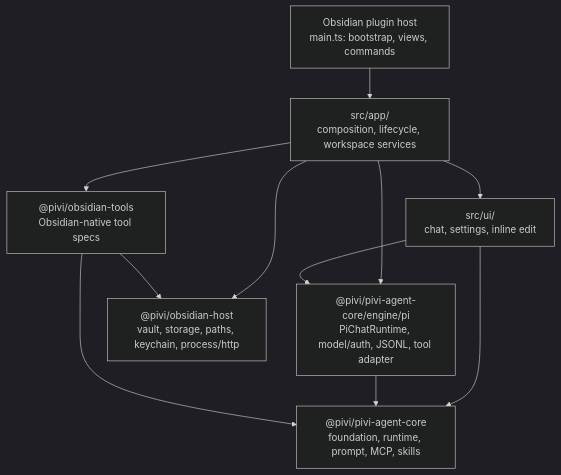
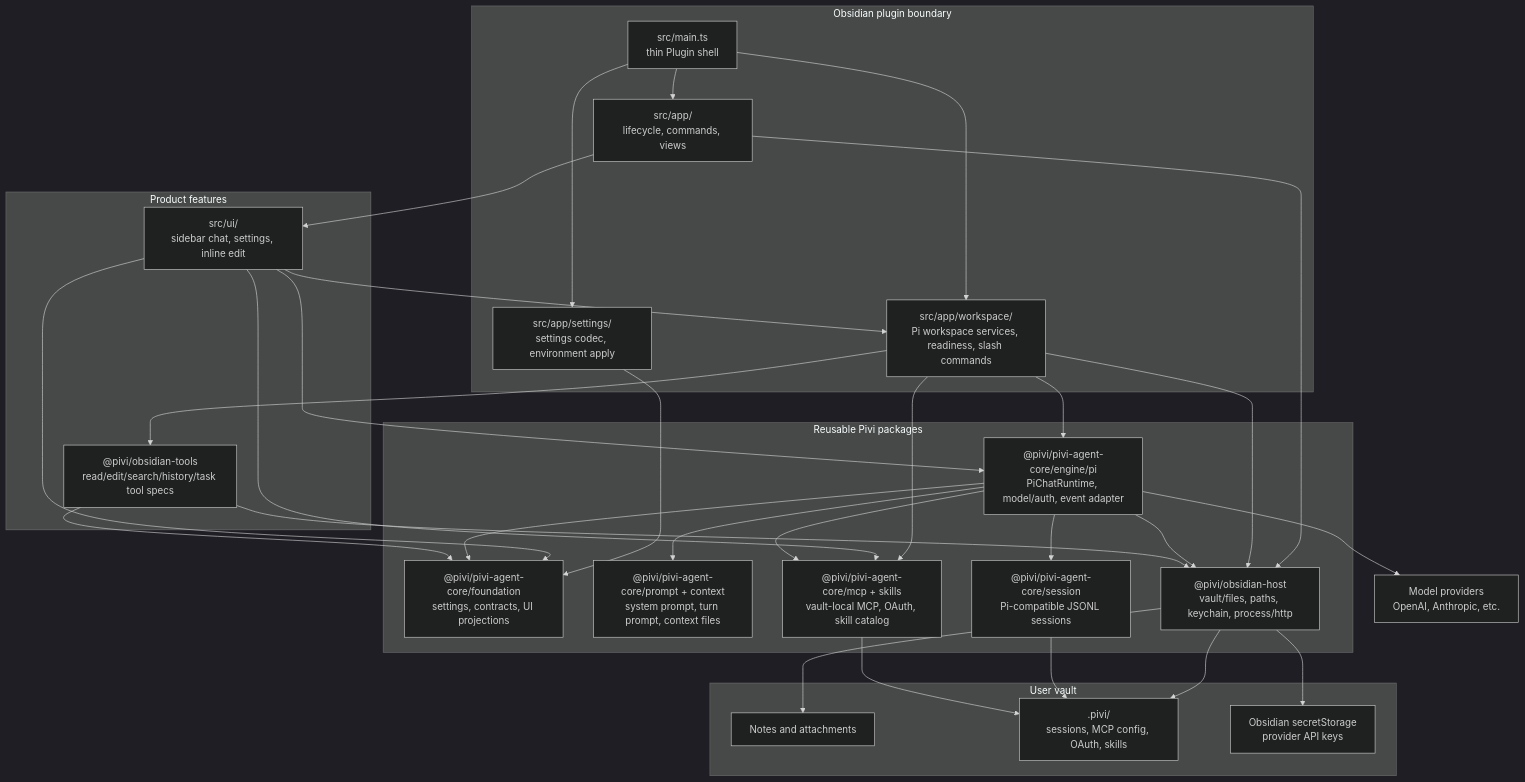
The diagram in README.md (shuuul/obsidian-pivi), drawn with Mermaid (dark theme) before and after one commit. The commit also changed other lines of this file and 9 other files, not shown here.

````diff
--- a/README.md
+++ b/README.md
@@ -68,21 +68,64 @@
 ```mermaid
 flowchart TB
-  host["Obsidian plugin host<br/>main.ts: bootstrap, views, commands"]
-  app["src/app/<br/>composition, lifecycle, workspace services"]
-  ui["src/ui/<br/>chat, settings, inline edit"]
-  core["@pivi/pivi-agent-core<br/>foundation, runtime, prompt, MCP, skills"]
-  pi["@pivi/pivi-agent-core/engine/pi<br/>PiChatRuntime, model/auth, JSONL, tool adapter"]
-  hostPkg["@pivi/obsidian-host<br/>vault, storage, paths, keychain, process/http"]
-  tools["@pivi/obsidian-tools<br/>Obsidian-native tool specs"]
+  subgraph obsidian["Obsidian plugin boundary"]
+    host["src/main.ts<br/>thin Plugin shell"]
+    appLifecycle["src/app/<br/>lifecycle, commands, views"]
+    appSettings["src/app/settings/<br/>settings codec, environment apply"]
+    appWorkspace["src/app/workspace/<br/>Pi workspace services, readiness, slash commands"]
+  end
 
-  host --> app
-  app --> ui
-  app --> hostPkg
-  app --> tools
-  app --> pi
-  ui --> core
+  subgraph product["Product features"]
+    ui["src/ui/<br/>sidebar chat, settings, inline edit"]
+    tools["@pivi/obsidian-tools<br/>read/edit/search/history/task tool specs"]
+  end
+
+  subgraph core["Reusable Pivi packages"]
+    foundation["@pivi/pivi-agent-core/foundation<br/>settings, contracts, UI projections"]
+    prompt["@pivi/pivi-agent-core/prompt + context<br/>system prompt, turn prompt, context files"]
+    session["@pivi/pivi-agent-core/session<br/>Pi-compatible JSONL sessions"]
+    mcp["@pivi/pivi-agent-core/mcp + skills<br/>vault-local MCP, OAuth, skill catalog"]
+    pi["@pivi/pivi-agent-core/engine/pi<br/>PiChatRuntime, model/auth, event adapter"]
+    hostPkg["@pivi/obsidian-host<br/>vault/files, paths, keychain, process/http"]
+  end
+
+  subgraph vault["User vault"]
+    notes["Notes and attachments"]
+    piviDir[".pivi/<br/>sessions, MCP config, OAuth, skills"]
+    secrets["Obsidian secretStorage<br/>provider API keys"]
+  end
+
+  providers["Model providers<br/>OpenAI, Anthropic, etc."]
+
+  host --> appLifecycle
+  host --> appSettings
+  host --> appWorkspace
+
+  appLifecycle --> ui
+  appLifecycle --> hostPkg
+  appSettings --> foundation
+  appWorkspace --> pi
+  appWorkspace --> tools
+  appWorkspace --> hostPkg
+  appWorkspace --> mcp
+
+  ui --> foundation
   ui --> pi
-  pi --> core
+  ui --> mcp
+  ui --> appWorkspace
+
+  pi --> foundation
+  pi --> prompt
+  pi --> session
+  pi --> mcp
+  pi --> hostPkg
+  pi --> providers
+
+  tools --> foundation
   tools --> hostPkg
-  tools --> core
+
+  hostPkg --> notes
+  hostPkg --> piviDir
+  hostPkg --> secrets
+  session --> piviDir
+  mcp --> piviDir
 ```
````
